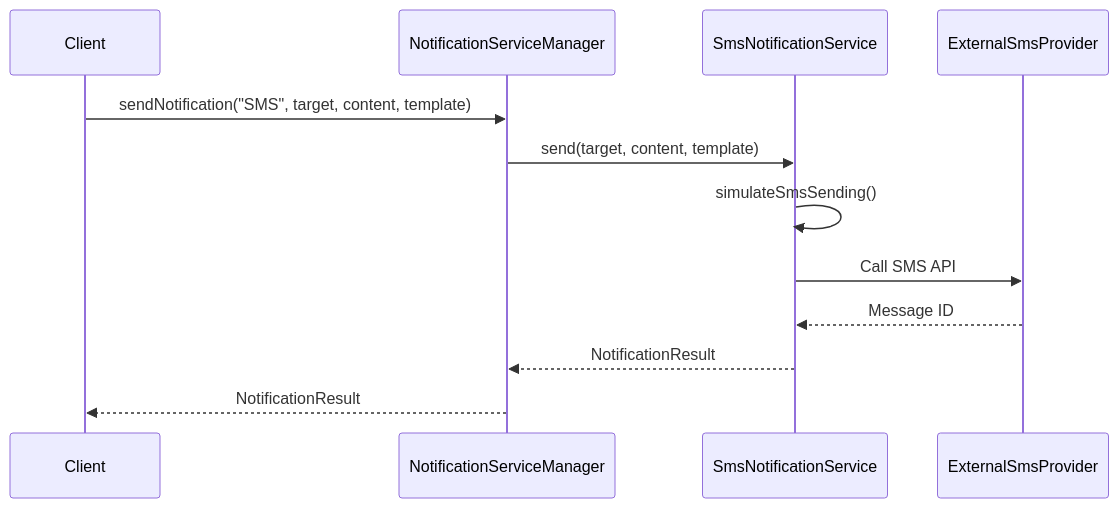
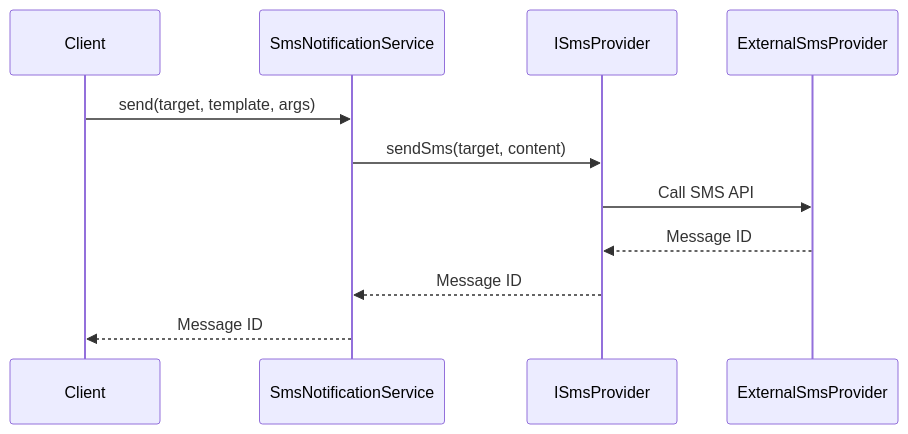
One commit to opensabre/base-sysadmin changed the third of 3 diagrams in NOTIFICATION_MODULE_DESIGN.md. Above: the diagram before and after it, drawn with Mermaid. The commit also changed other lines of this file and 1 other file, not shown here.

Commit message:
Update notification module documentation to match actual implementation

````diff
--- a/NOTIFICATION_MODULE_DESIGN.md
+++ b/NOTIFICATION_MODULE_DESIGN.md
@@ -84,17 +99,14 @@
 ```mermaid
 sequenceDiagram
     participant Client
-    participant NotificationServiceManager
     participant SmsNotificationService
+    participant ISmsProvider
     participant ExternalSmsProvider
     
-    Client->>NotificationServiceManager: sendNotification("SMS", target, content, template)
-    NotificationServiceManager->>SmsNotificationService: send(target, content, template)
-    
-    SmsNotificationService->>SmsNotificationService: simulateSmsSending()
-    SmsNotificationService->>ExternalSmsProvider: Call SMS API
-    ExternalSmsProvider-->>SmsNotificationService: Message ID
-    
-    SmsNotificationService-->>NotificationServiceManager: NotificationResult
-    NotificationServiceManager-->>Client: NotificationResult
+    Client->>SmsNotificationService: send(target, template, args)
+    SmsNotificationService->>ISmsProvider: sendSms(target, content)
+    ISmsProvider->>ExternalSmsProvider: Call SMS API
+    ExternalSmsProvider-->>ISmsProvider: Message ID
+    ISmsProvider-->>SmsNotificationService: Message ID
+    SmsNotificationService-->>Client: Message ID
 ```
````
